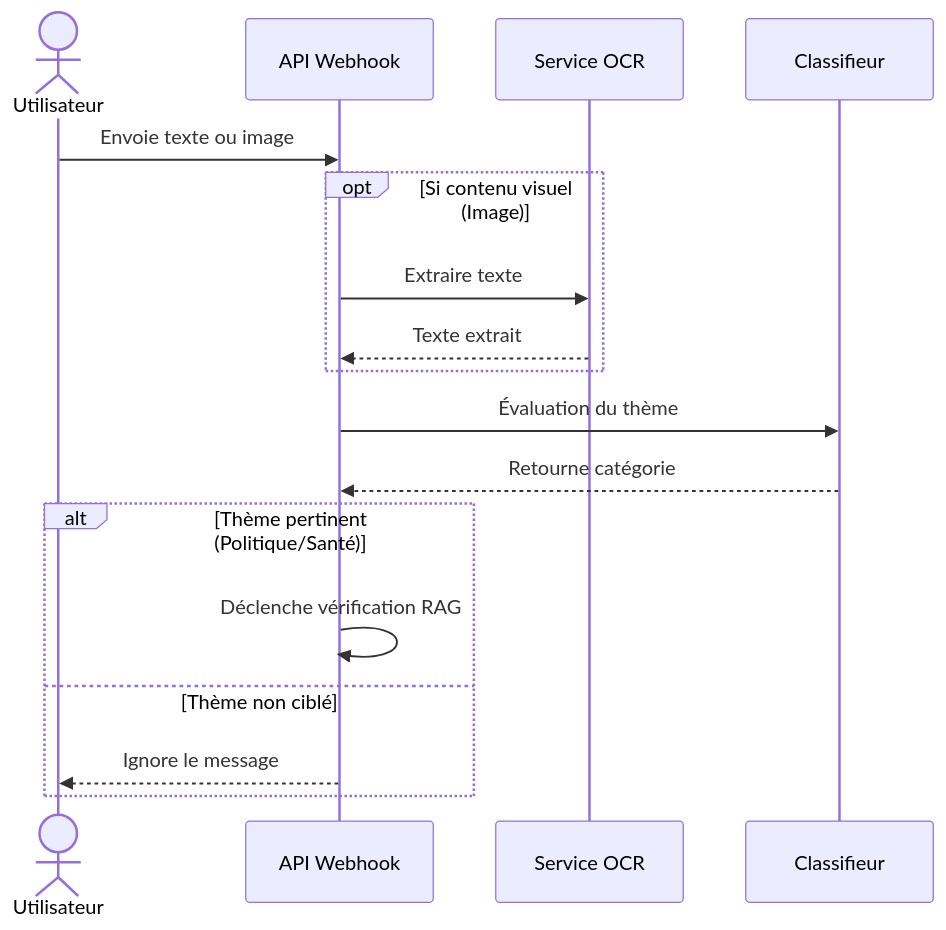
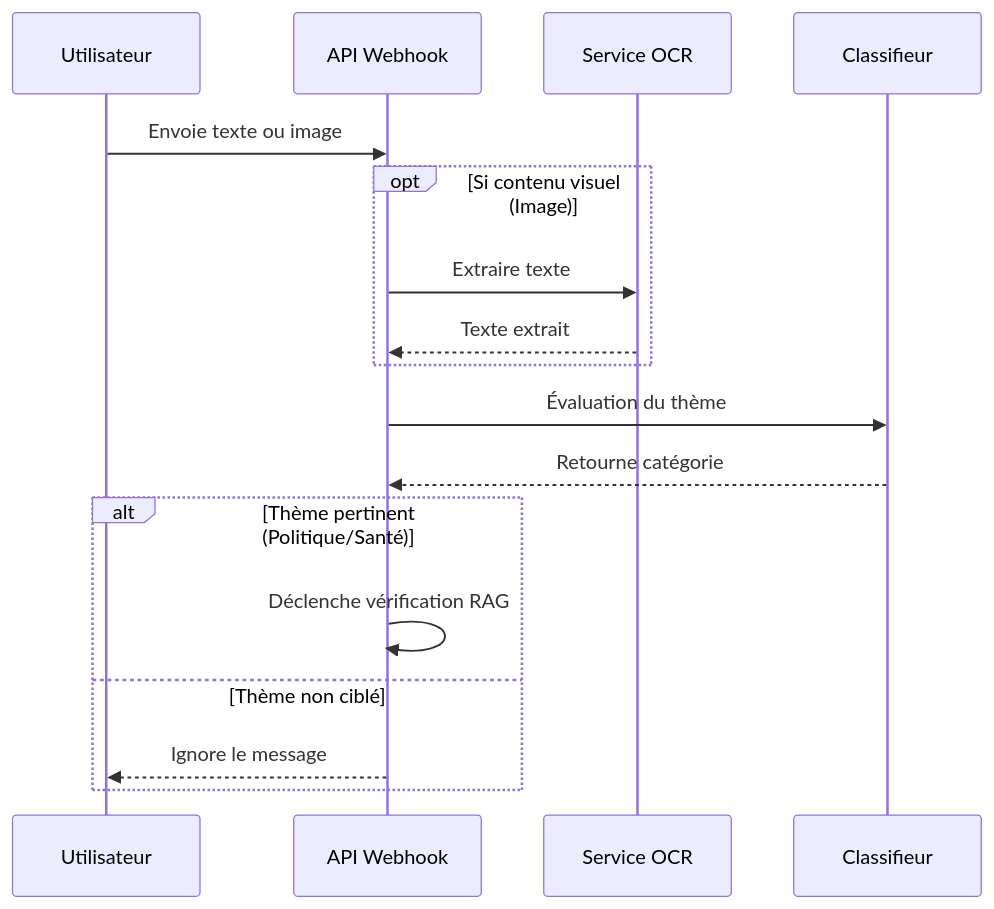
Before and after one commit to rooneyi/rdc-news-intelligence: the eighth of 9 diagrams in ai-service/docs/Chapitre_3_Redaction.md, drawn with Mermaid. The commit also changed other lines of this file and 24 other files, not shown here.

````diff
--- a/ai-service/docs/Chapitre_3_Redaction.md
+++ b/ai-service/docs/Chapitre_3_Redaction.md
@@ -348,23 +305,23 @@
 ```mermaid
 sequenceDiagram
-    actor User as Utilisateur
+    participant User as Utilisateur
     participant Webhook as API Webhook
     participant Vision as Service OCR
     participant Classifier as Classifieur
     
     User->>Webhook: Envoie texte ou image
     
     opt Si contenu visuel (Image)
         Webhook->>Vision: Extraire texte
         Vision-->>Webhook: Texte extrait
     end
 
     Webhook->>Classifier: Évaluation du thème
     Classifier-->>Webhook: Retourne catégorie
     
     alt Thème pertinent (Politique/Santé)
         Webhook->>Webhook: Déclenche vérification RAG
     else Thème non ciblé
         Webhook-->>User: Ignore le message
     end
 ```
````
